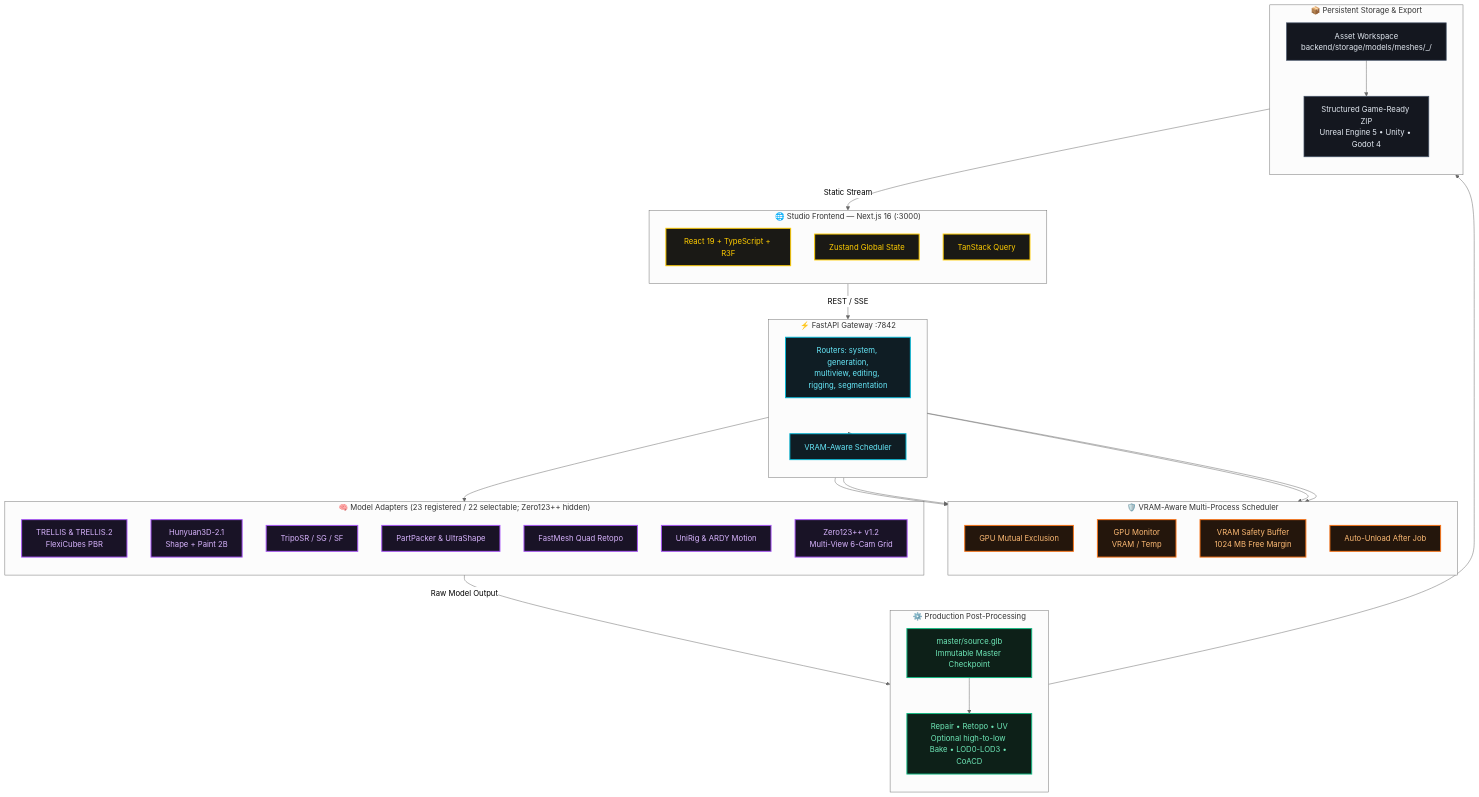
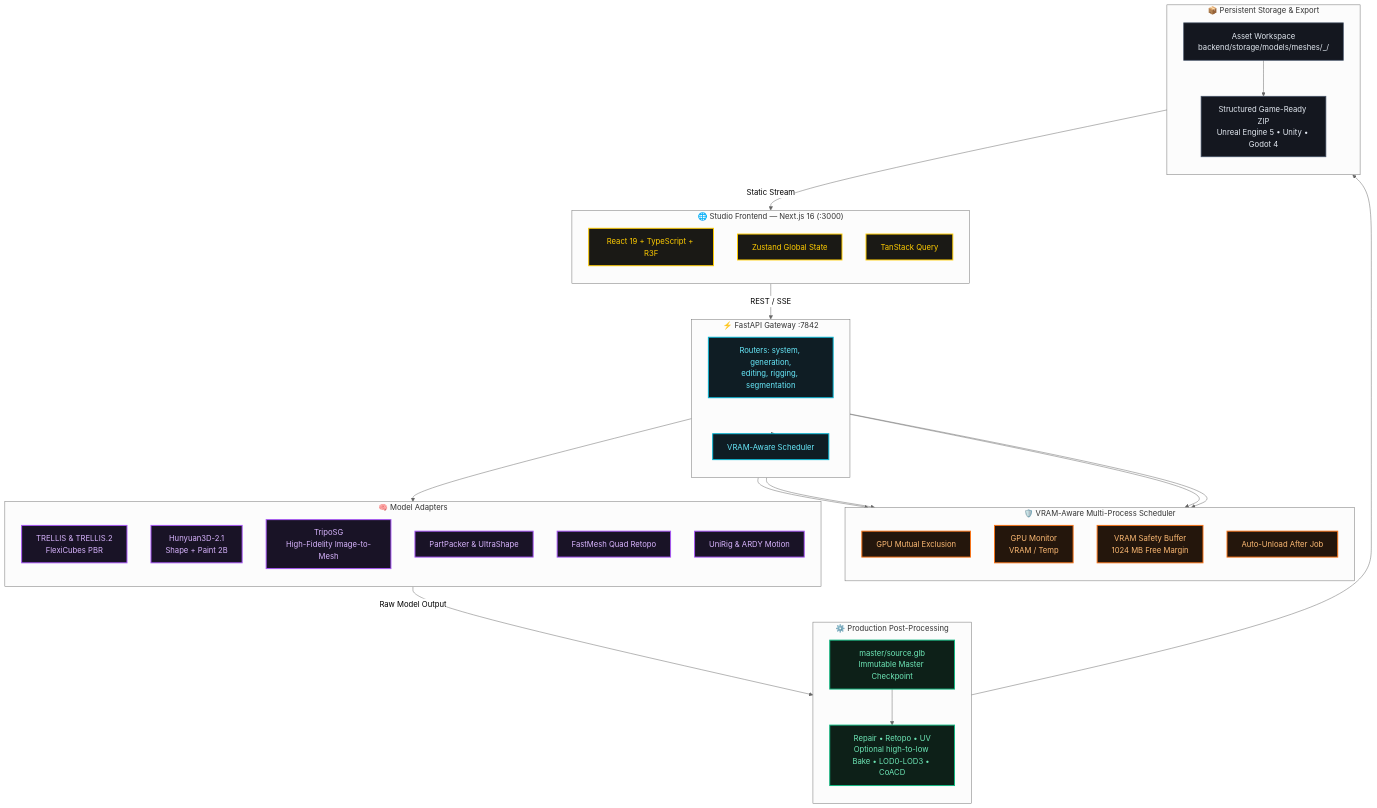
The first of 3 diagrams in Docs/SYSTEM-BLUEPRINT.md (Silentzx2/ForMash3D), drawn with Mermaid (neutral theme) before and after one commit. The commit also changed other lines of this file and 44 other files, not shown here.

Commit message:
Remove Multi-View and consolidate Tripo models

````diff
--- a/Docs/SYSTEM-BLUEPRINT.md
+++ b/Docs/SYSTEM-BLUEPRINT.md
@@ -38,66 +38,65 @@
 ```mermaid
 graph TD
     classDef gold fill:#1a1915,stroke:#ffcc00,stroke-width:2px,color:#ffcc00;
     classDef cyan fill:#0f1d24,stroke:#06b6d4,stroke-width:2px,color:#67e8f9;
     classDef purple fill:#191326,stroke:#a855f7,stroke-width:2px,color:#d8b4fe;
     classDef green fill:#0d2018,stroke:#10b981,stroke-width:2px,color:#6ee7b7;
     classDef orange fill:#24160c,stroke:#f97316,stroke-width:2px,color:#fdba74;
     classDef slate fill:#14171f,stroke:#475569,stroke-width:1.5px,color:#e2e8f0;
 
     subgraph Client["🌐 Studio Frontend — Next.js 16 (:3000)"]
         direction TB
         UI["React 19 + TypeScript + R3F"]:::gold
         STATE["Zustand Global State"]:::gold
         QUERY["TanStack Query"]:::gold
     end
 
     subgraph Gateway["⚡ FastAPI Gateway :7842"]
         direction TB
-        API["Routers: system, generation,<br/>multiview, editing, rigging, segmentation"]:::cyan
+        API["Routers: system, generation,<br/>editing, rigging, segmentation"]:::cyan
         SCHED["VRAM-Aware Scheduler"]:::cyan
     end
 
     subgraph S["🛡️ VRAM-Aware Multi-Process Scheduler"]
         direction TB
         GPU_LOCK["GPU Mutual Exclusion"]:::orange
         MONITOR["GPU Monitor<br/>VRAM / Temp"]:::orange
         SAFETY["VRAM Safety Buffer<br/>1024 MB Free Margin"]:::orange
         AUTO_UNLOAD["Auto-Unload After Job"]:::orange
     end
 
-    subgraph Adapters["🧠 Model Adapters (23 registered / 22 selectable; Zero123++ hidden)"]
+    subgraph Adapters["🧠 Model Adapters"]
         direction TB
         TRELLIS["TRELLIS & TRELLIS.2<br/>FlexiCubes PBR"]:::purple
         HUNY["Hunyuan3D-2.1<br/>Shape + Paint 2B"]:::purple
-        TRIPO["TripoSR / SG / SF"]:::purple
+        TRIPO["TripoSG<br/>High-Fidelity Image-to-Mesh"]:::purple
         PP["PartPacker & UltraShape"]:::purple
         FM["FastMesh Quad Retopo"]:::purple
         UR["UniRig & ARDY Motion"]:::purple
-        Z123["Zero123++ v1.2<br/>Multi-View 6-Cam Grid"]:::purple
     end
 
     subgraph PostProcess["⚙️ Production Post-Processing"]
         direction TB
         CHECK["master/source.glb<br/>Immutable Master Checkpoint"]:::green
         FINISH["Repair • Retopo • UV<br/>Optional high-to-low Bake • LOD0-LOD3 • CoACD"]:::green
     end
 
     subgraph Storage["📦 Persistent Storage & Export"]
         direction TB
         LOCAL["Asset Workspace<br/>backend/storage/models/meshes/<asset>_<job_id>/"]:::slate
         ZIP["Structured Game-Ready ZIP<br/>Unreal Engine 5 • Unity • Godot 4"]:::slate
     end
 
     Client -- "REST / SSE" --> Gateway
     Gateway --> SCHED
     SCHED --> GPU_LOCK
     SCHED --> MONITOR
     SCHED --> SAFETY
     SCHED --> AUTO_UNLOAD
     SCHED --> Adapters
     Adapters -->|Raw Model Output| CHECK
     CHECK --> FINISH
     FINISH --> LOCAL
     LOCAL --> ZIP
     LOCAL -- "Static Stream" --> Client
 ```
````
